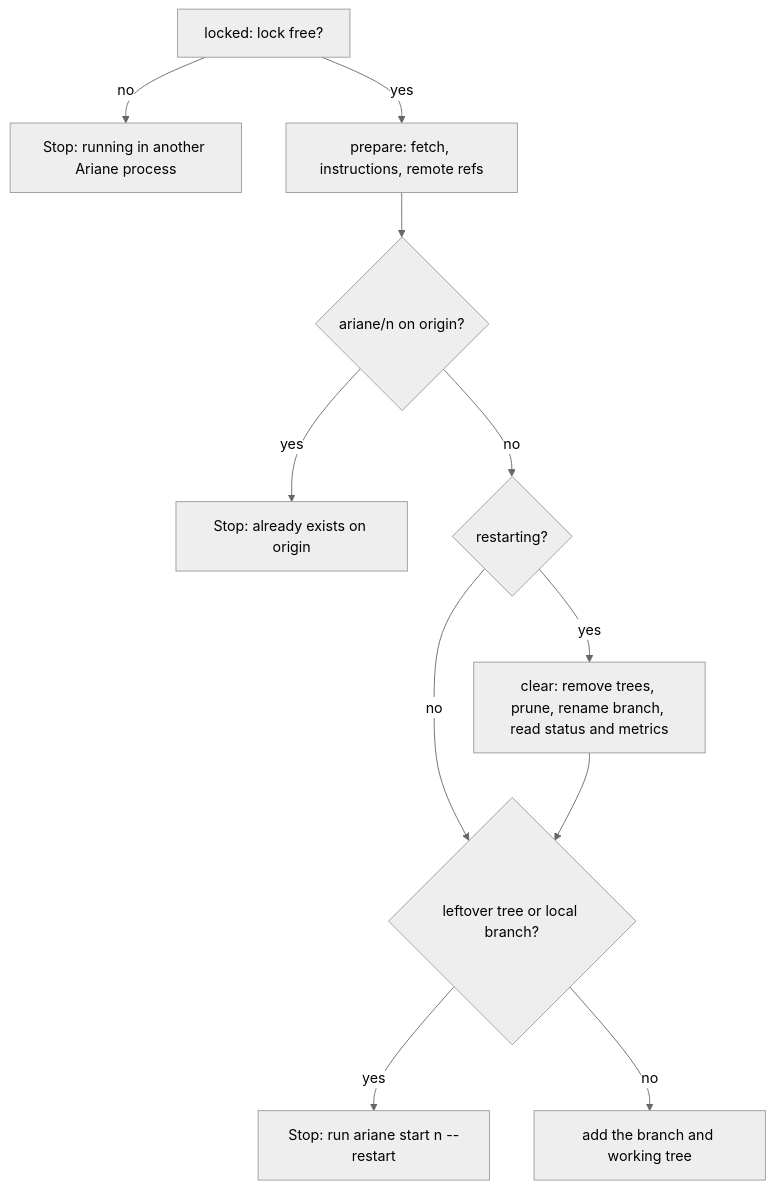
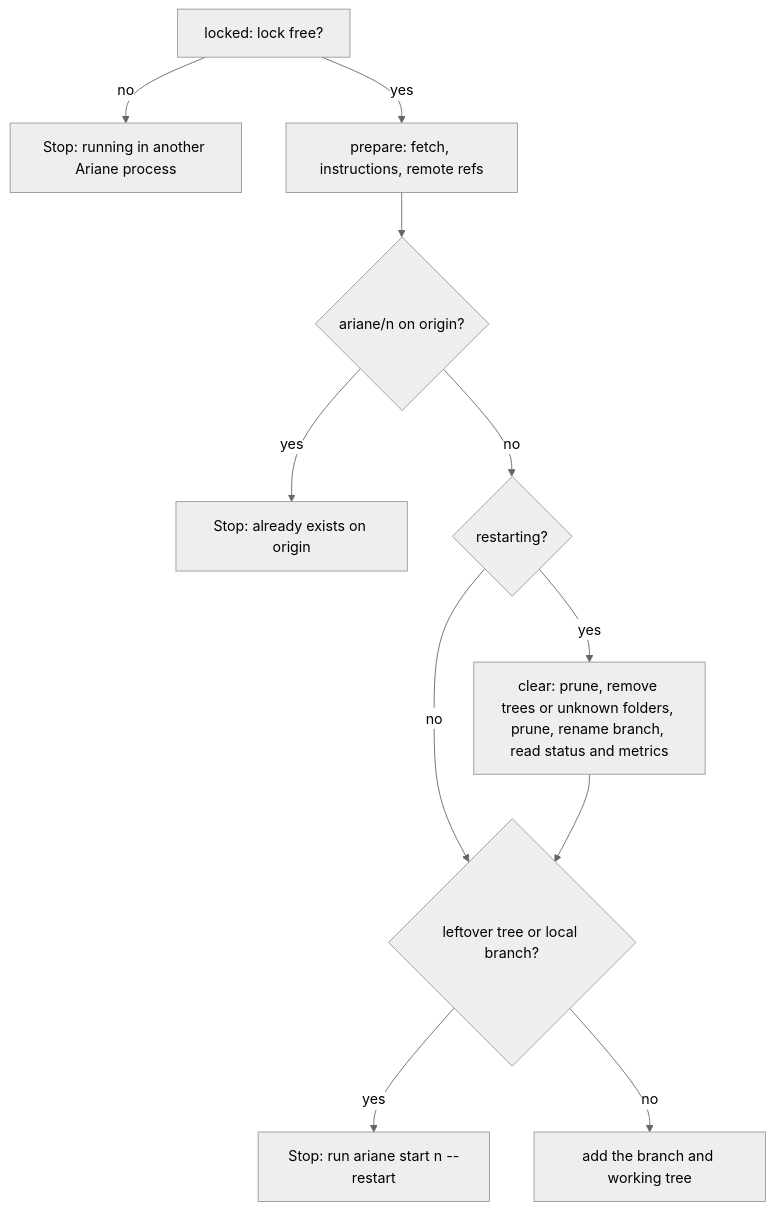
Before and after one commit to plaplanche/ariane: the first of 3 diagrams in docs/architecture/modules/restart.md, drawn with Mermaid (neutral theme). The commit also changed other lines of this file and 9 other files, not shown here.

````diff
--- a/docs/architecture/modules/restart.md
+++ b/docs/architecture/modules/restart.md
@@ -30,13 +33,13 @@
 ```mermaid
 flowchart TD
   A[locked: lock free?] -- no --> X[Stop: running in another Ariane process]
   A -- yes --> B[prepare: fetch, instructions, remote refs]
   B --> C{ariane/n on origin?}
   C -- yes --> Y[Stop: already exists on origin]
   C -- no --> D{restarting?}
-  D -- yes --> E[clear: remove trees, prune, rename branch, read status and metrics]
+  D -- yes --> E[clear: prune, remove trees or unknown folders, prune, rename branch, read status and metrics]
   D -- no --> F{leftover tree or local branch?}
   E --> F
   F -- yes --> Z[Stop: run ariane start n --restart]
   F -- no --> G[add the branch and working tree]
 ```
````
